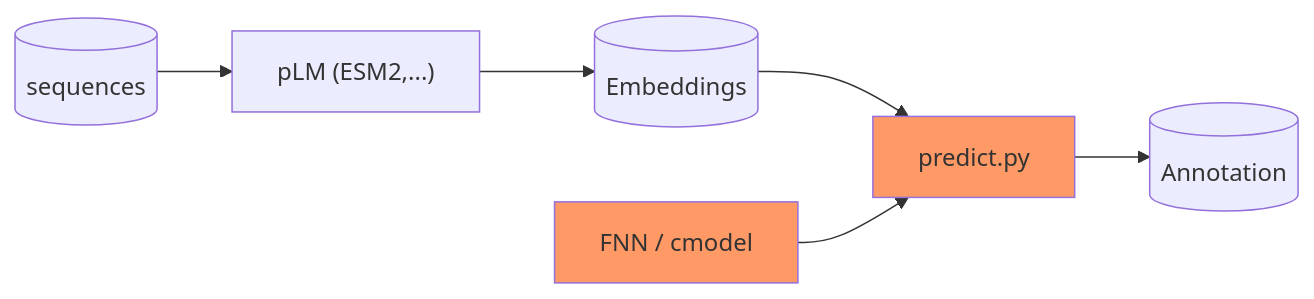
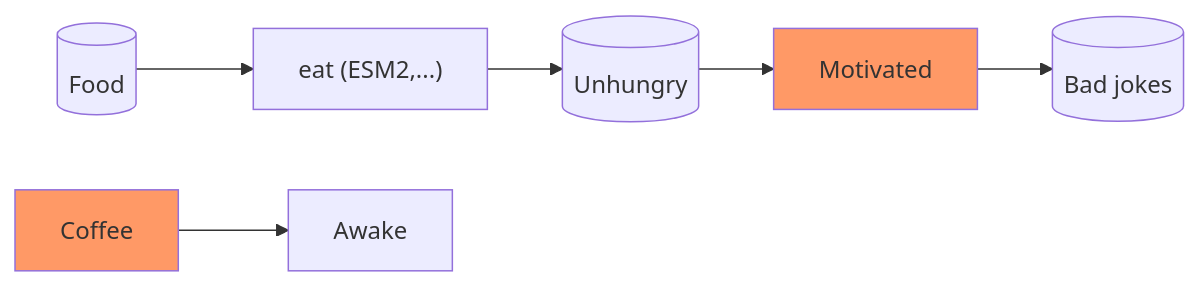
Before and after one commit to did10/testt: the diagram in doc/some-feature.md, drawn with Mermaid.

````diff
--- a/doc/some-feature.md
+++ b/doc/some-feature.md
@@ -18,6 +18,6 @@
 ```{mermaid}
 graph LR
-id1[(sequences)] --> id2["pLM #40;ESM2,...#41;"] --> db[(Embeddings)] --> pip["predict.py"]:::redish  --> pred_db[(Annotation)]
-fnn[FNN / cmodel]:::redish  -->pip
+id1[(Food)] --> id2["eat #40;ESM2,...#41;"] --> db[(Unhungry)] --> pip["Motivated"]:::redish  --> pred_db[(Bad jokes)]
+fnn[Coffee]:::redish  --> Awake
 classDef redish fill:#f96
 ```
````
